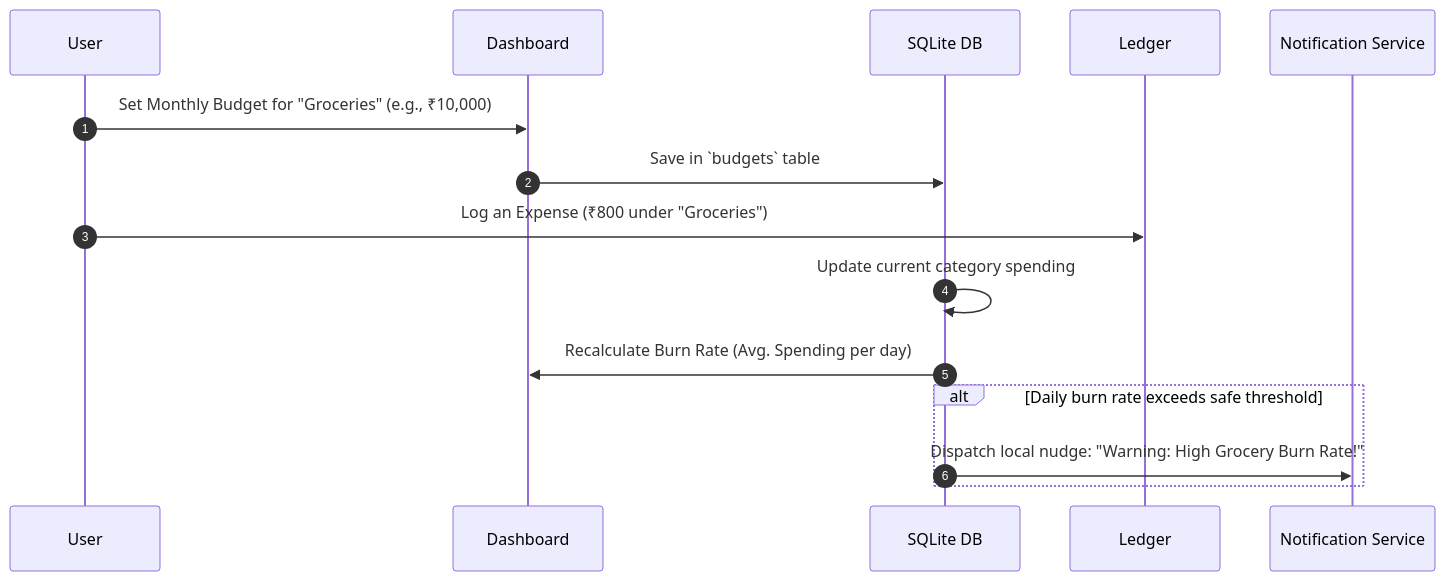
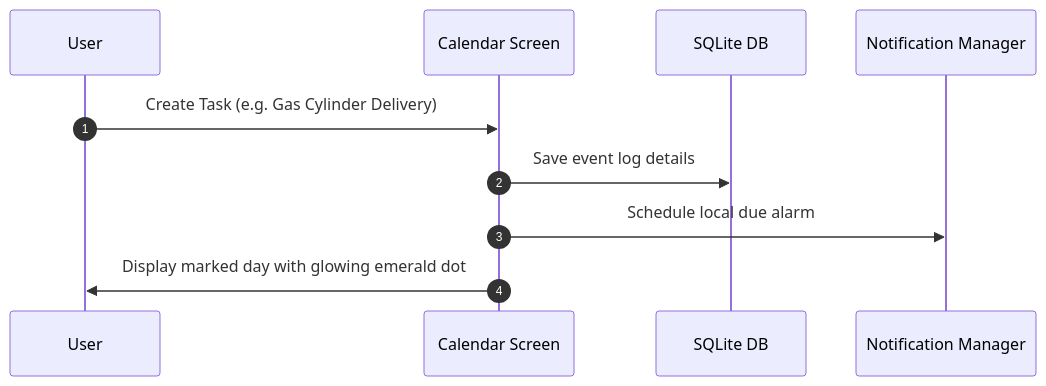
The second of 5 diagrams in plan.md (manish-12ys/roomledger), drawn with Mermaid before and after one commit. The commit also changed other lines of this file and 20 other files, not shown here.

````diff
--- a/plan.md
+++ b/plan.md
@@ -49,12 +47,8 @@
 ```mermaid
 sequenceDiagram
     autonumber
-    User->>Dashboard: Set Monthly Budget for "Groceries" (e.g., ₹10,000)
-    Dashboard->>SQLite DB: Save in `budgets` table
-    User->>Ledger: Log an Expense (₹800 under "Groceries")
-    SQLite DB->>SQLite DB: Update current category spending
-    SQLite DB->>Dashboard: Recalculate Burn Rate (Avg. Spending per day)
-    Alt Daily burn rate exceeds safe threshold
-        SQLite DB->>Notification Service: Dispatch local nudge: "Warning: High Grocery Burn Rate!"
-    End
+    User->>Calendar Screen: Create Task (e.g. Gas Cylinder Delivery)
+    Calendar Screen->>SQLite DB: Save event log details
+    Calendar Screen->>Notification Manager: Schedule local due alarm
+    Calendar Screen->>User: Display marked day with glowing emerald dot
 ```
````
